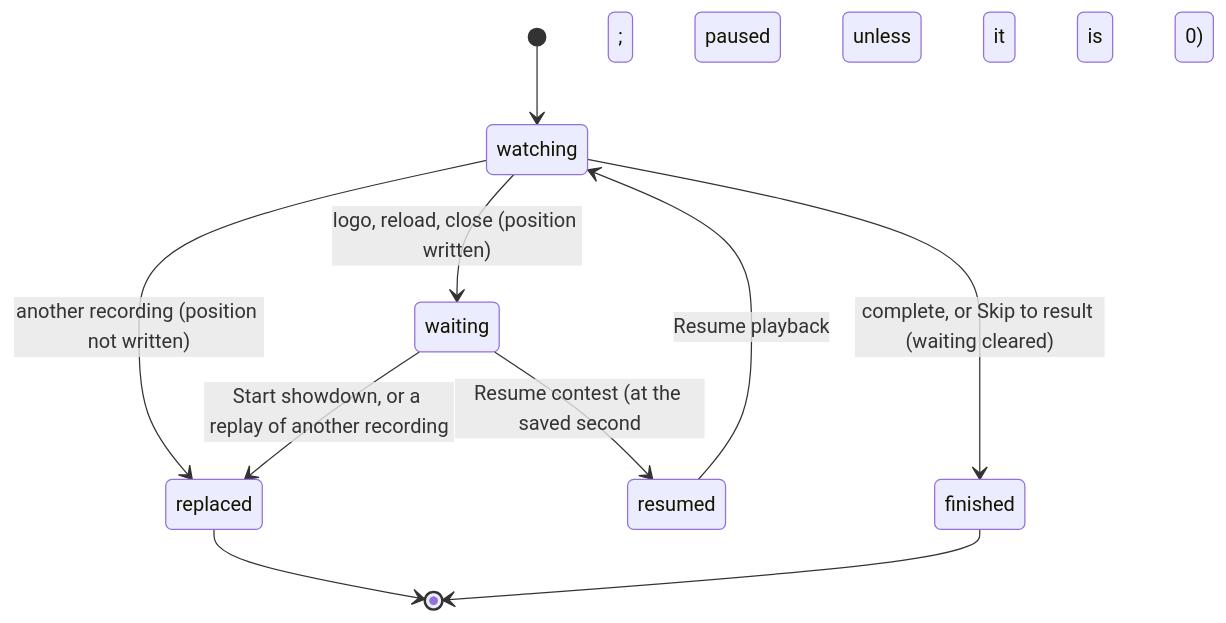
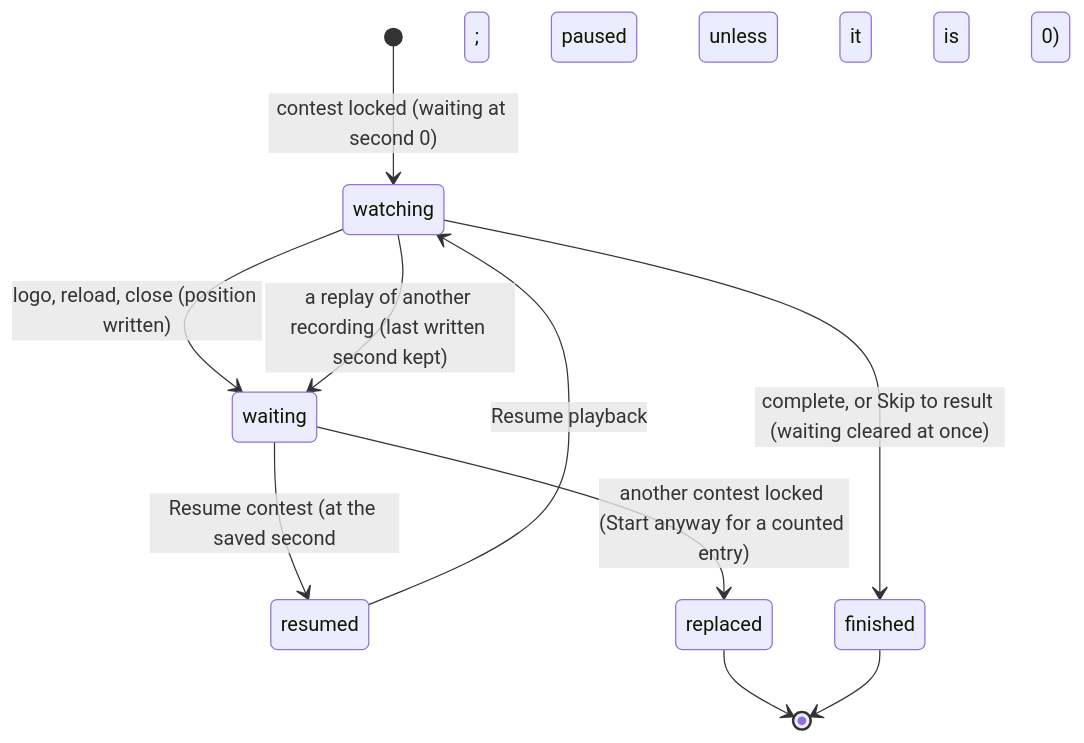
Before and after one commit to DougZeThug/Will-You-Be-My-Hero-Arena: the diagram in docs/product-description/watch/resume-a-contest.md, drawn with Mermaid. The commit also changed other lines of this file and 35 other files, not shown here.

````diff
--- a/docs/product-description/watch/resume-a-contest.md
+++ b/docs/product-description/watch/resume-a-contest.md
@@ -23,12 +29,12 @@
 ```mermaid
 stateDiagram-v2
-    [*] --> watching
+    [*] --> watching : contest locked (waiting at second 0)
     watching --> waiting : logo, reload, close (position written)
-    watching --> replaced : another recording (position not written)
+    watching --> waiting : a replay of another recording (last written second kept)
     waiting --> resumed : Resume contest (at the saved second; paused unless it is 0)
     resumed --> watching : Resume playback
-    waiting --> replaced : Start showdown, or a replay of another recording
-    watching --> finished : complete, or Skip to result (waiting cleared)
+    waiting --> replaced : another contest locked (Start anyway for a counted entry)
+    watching --> finished : complete, or Skip to result (waiting cleared at once)
     replaced --> [*]
     finished --> [*]
 ```
````
